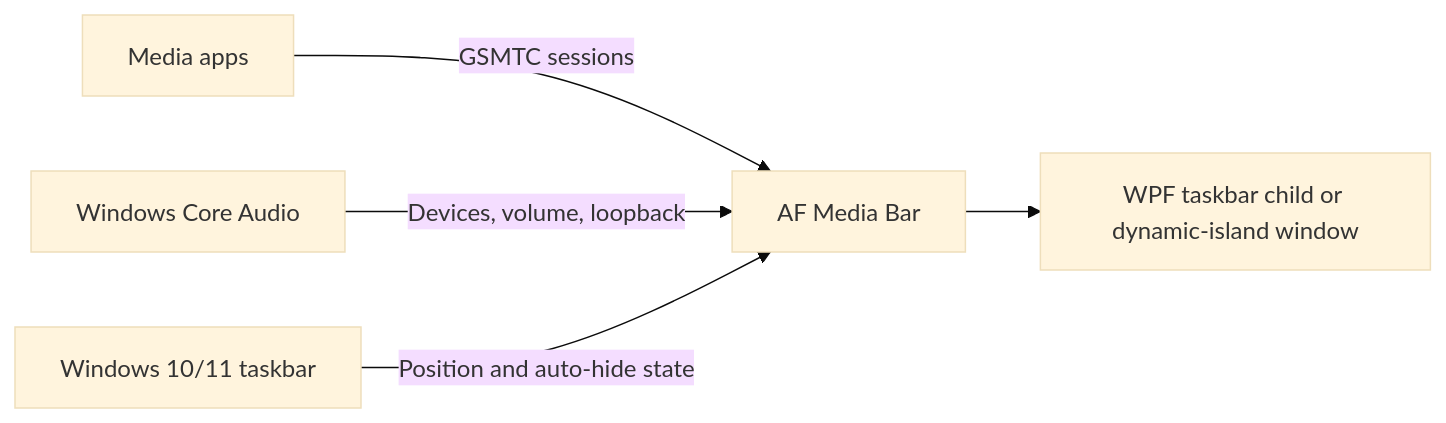
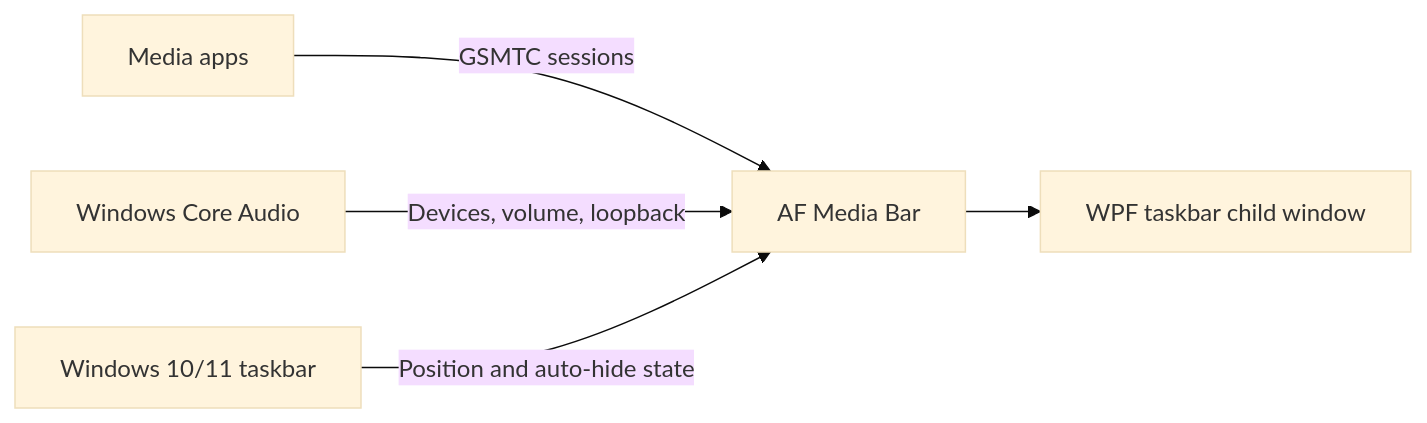
Before and after one commit to CC-qingfeng/AF-Media-Bar: the diagram in README.en-US.md, drawn with Mermaid (base theme). The commit also changed other lines of this file and 18 other files, not shown here.

````diff
--- a/README.en-US.md
+++ b/README.en-US.md
@@ -118,7 +118,7 @@
 ```mermaid
 flowchart LR
     A[Media apps] -->|GSMTC sessions| B[AF Media Bar]
     C[Windows Core Audio] -->|Devices, volume, loopback| B
     D[Windows 10/11 taskbar] -->|Position and auto-hide state| B
-    B --> E[WPF taskbar child or dynamic-island window]
+    B --> E[WPF taskbar child window]
 ```
````
